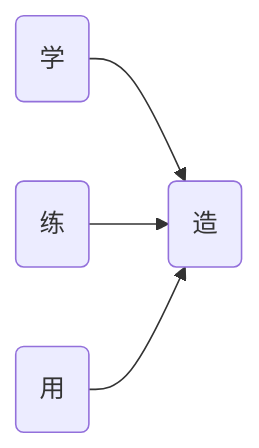
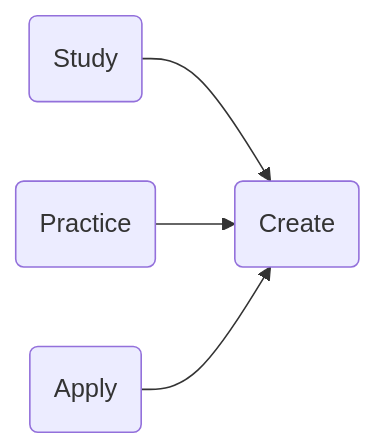
Before and after one commit to Dreamwalkor/little-book-of-ai: the third of 4 diagrams in en/08.md, drawn with Mermaid. The commit also changed other lines of this file and 27 other files, not shown here.

````diff
--- a/en/08.md
+++ b/en/08.md
@@ -455,6 +404,6 @@
 ```mermaid
 flowchart LR
-learn(学) --> build(造)
-practice(练)-->build
-apply(用)-->build
+learn(Study) --> build(Create)
+practice(Practice) --> build
+apply(Apply) --> build
 ```
````
